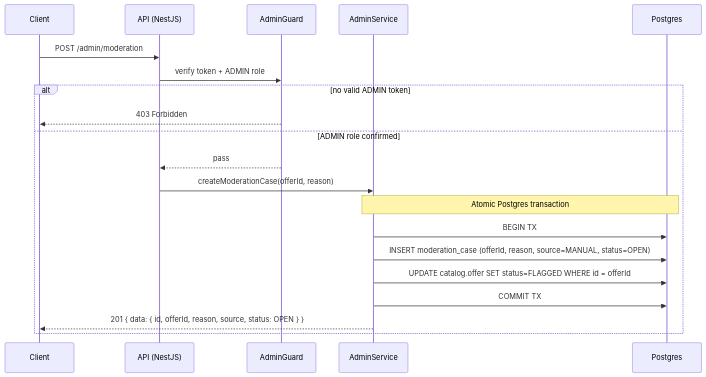
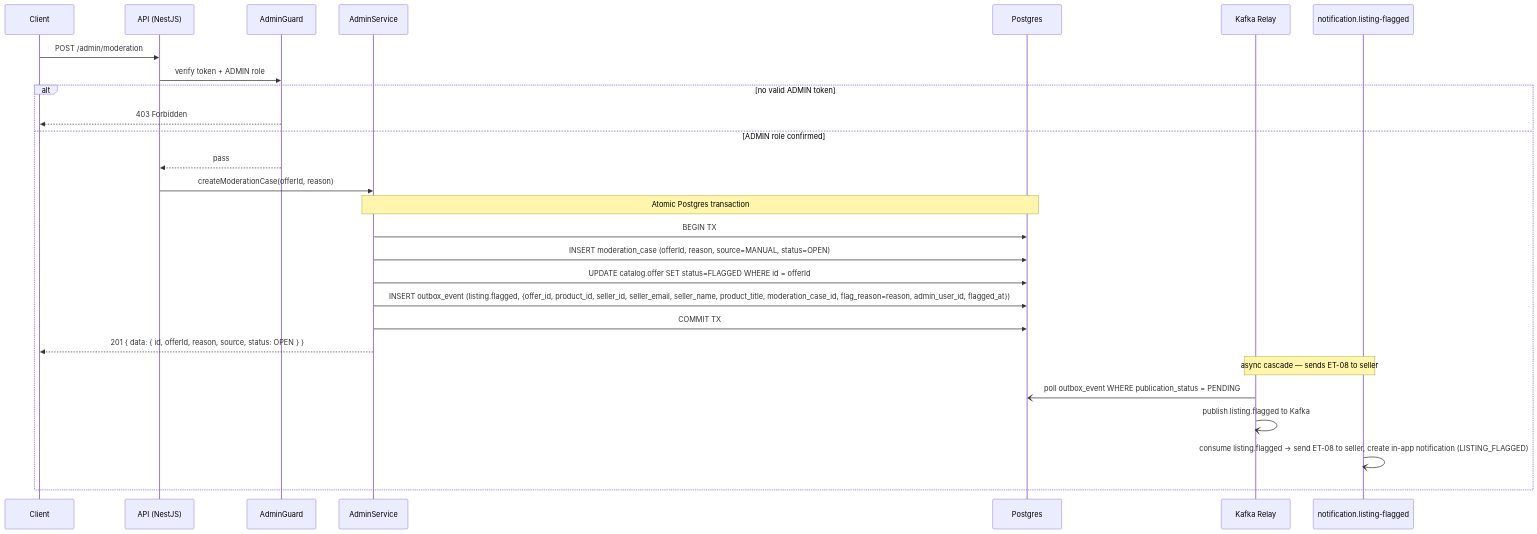
Before and after one commit to alisa-uthi/aliceut-ecom-document: diagram 11 of 12 in phase-1/technical-design/api-design/admin.md, drawn with Mermaid. The commit also changed other lines of this file and 4 other files, not shown here.

````diff
--- a/phase-1/technical-design/api-design/admin.md
+++ b/phase-1/technical-design/api-design/admin.md
@@ -614,23 +615,30 @@
 ```mermaid
 sequenceDiagram
     participant C as Client
     participant API as API (NestJS)
     participant G as AdminGuard
     participant S as AdminService
     participant PG as Postgres
+    participant Relay as Kafka Relay
+    participant NC as notification.listing-flagged
 
     C->>API: POST /admin/moderation
     API->>G: verify token + ADMIN role
     alt no valid ADMIN token
         G-->>C: 403 Forbidden
     else ADMIN role confirmed
         G-->>API: pass
         API->>S: createModerationCase(offerId, reason)
         Note over S,PG: Atomic Postgres transaction
         S->>PG: BEGIN TX
         S->>PG: INSERT moderation_case (offerId, reason, source=MANUAL, status=OPEN)
         S->>PG: UPDATE catalog.offer SET status=FLAGGED WHERE id = offerId
+        S->>PG: INSERT outbox_event (listing.flagged, {offer_id, product_id, seller_id, seller_email, seller_name, product_title, moderation_case_id, flag_reason=reason, admin_user_id, flagged_at})
         S->>PG: COMMIT TX
         S-->>C: 201 { data: { id, offerId, reason, source, status: OPEN } }
+        Note over Relay,NC: async cascade — sends ET-08 to seller
+        Relay-)PG: poll outbox_event WHERE publication_status = PENDING
+        Relay-)Relay: publish listing.flagged to Kafka
+        NC-)NC: consume listing.flagged → send ET-08 to seller, create in-app notification (LISTING_FLAGGED)
     end
 ```
````
